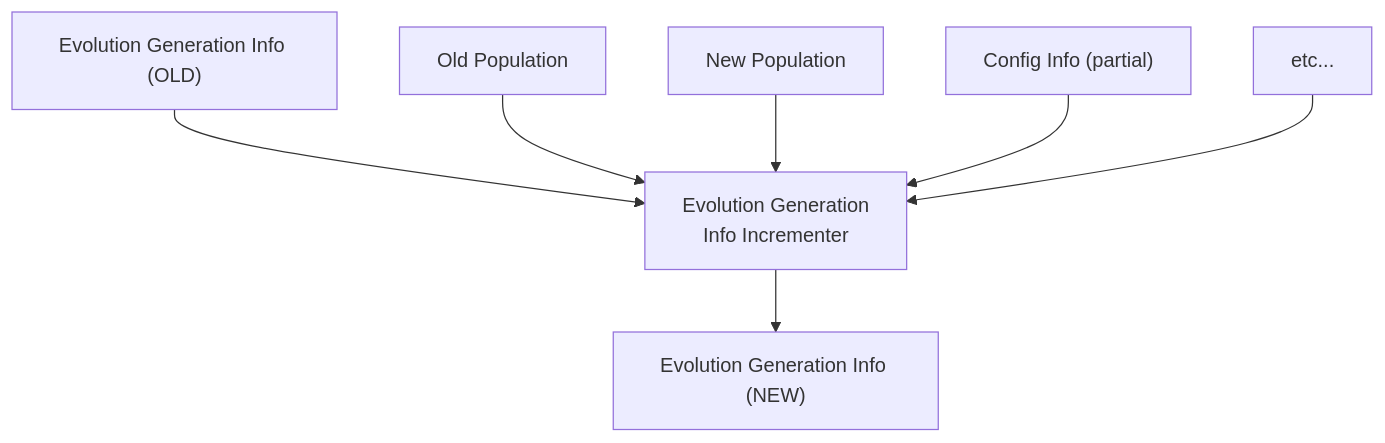
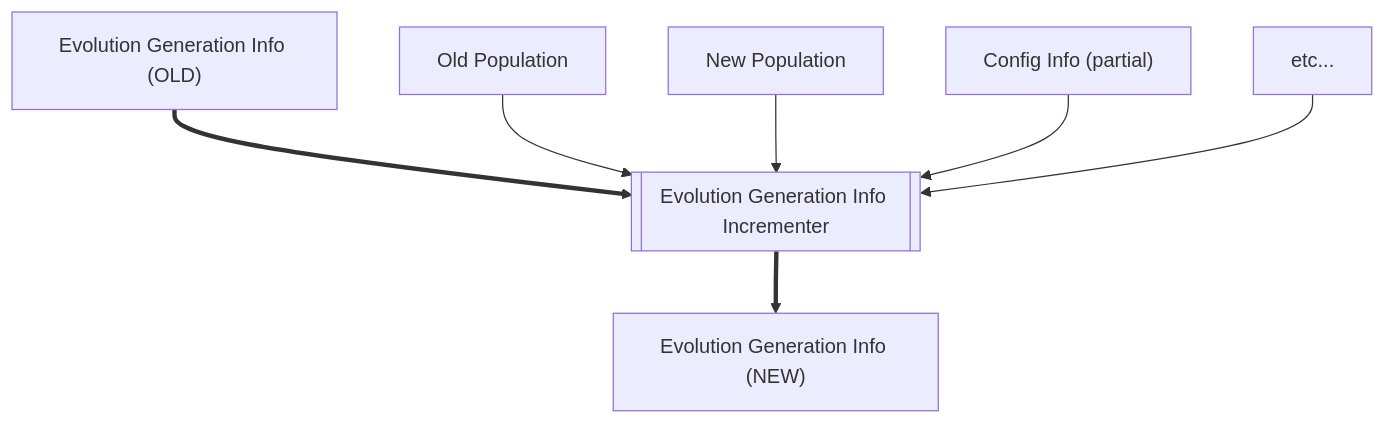
One commit to evolvablehardware/BitstreamEvolution changed the ninth of 22 diagrams in docs/sphinx/source/architecture/index.rst. Above: the diagram before and after it, drawn with Mermaid. The commit also changed other lines of this file and 5 other files, not shown here.

Commit message:
updated the Architectural description to finally translate it off of the images of slides.

```diff
--- a/docs/sphinx/source/architecture/index.rst
+++ b/docs/sphinx/source/architecture/index.rst
@@ -168,17 +255,17 @@
 .. mermaid::
 
    flowchart TD
        old["Evolution Generation Info (OLD)"]
        op["Old Population"]
        np["New Population"]
        ci["Config Info (partial)"]
        etc["etc..."]
-       incr["Evolution Generation\nInfo Incrementer"]
+       incr[["Evolution Generation Info Incrementer"]]
        new["Evolution Generation Info (NEW)"]
 
-       old --> incr
+       old ==> incr
        op --> incr
        np --> incr
        ci --> incr
        etc --> incr
-       incr --> new
+       incr ==> new
```
